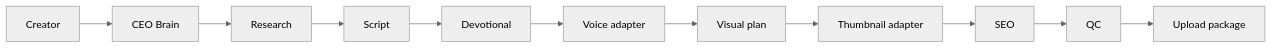
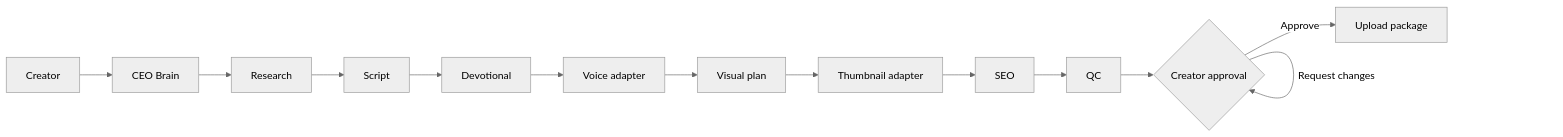
The first of 3 diagrams in docs/ARCHITECTURE.md (Bjay008/mission-control), drawn with Mermaid (neutral theme) before and after one commit. The commit also changed other lines of this file and 8 other files, not shown here.

Commit message:
Add creator approval checkpoint before upload package

````diff
--- a/docs/ARCHITECTURE.md
+++ b/docs/ARCHITECTURE.md
@@ -7,13 +7,15 @@
 ```mermaid
 flowchart LR
     U[Creator] --> C[CEO Brain]
     C --> R[Research]
     R --> S[Script]
     S --> D[Devotional]
     D --> V[Voice adapter]
     V --> VP[Visual plan]
     VP --> T[Thumbnail adapter]
     T --> SEO[SEO]
     SEO --> QC[QC]
-    QC --> P[Upload package]
+    QC --> A{Creator approval}
+    A -->|Approve| P[Upload package]
+    A -->|Request changes| A
 ```
````
